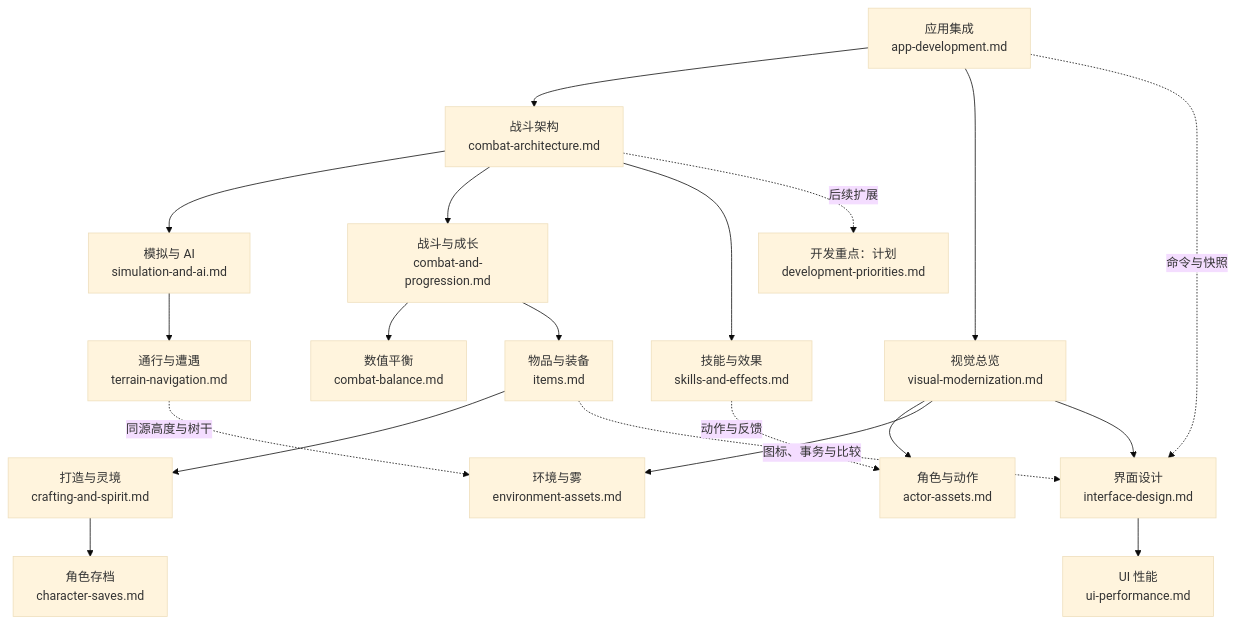
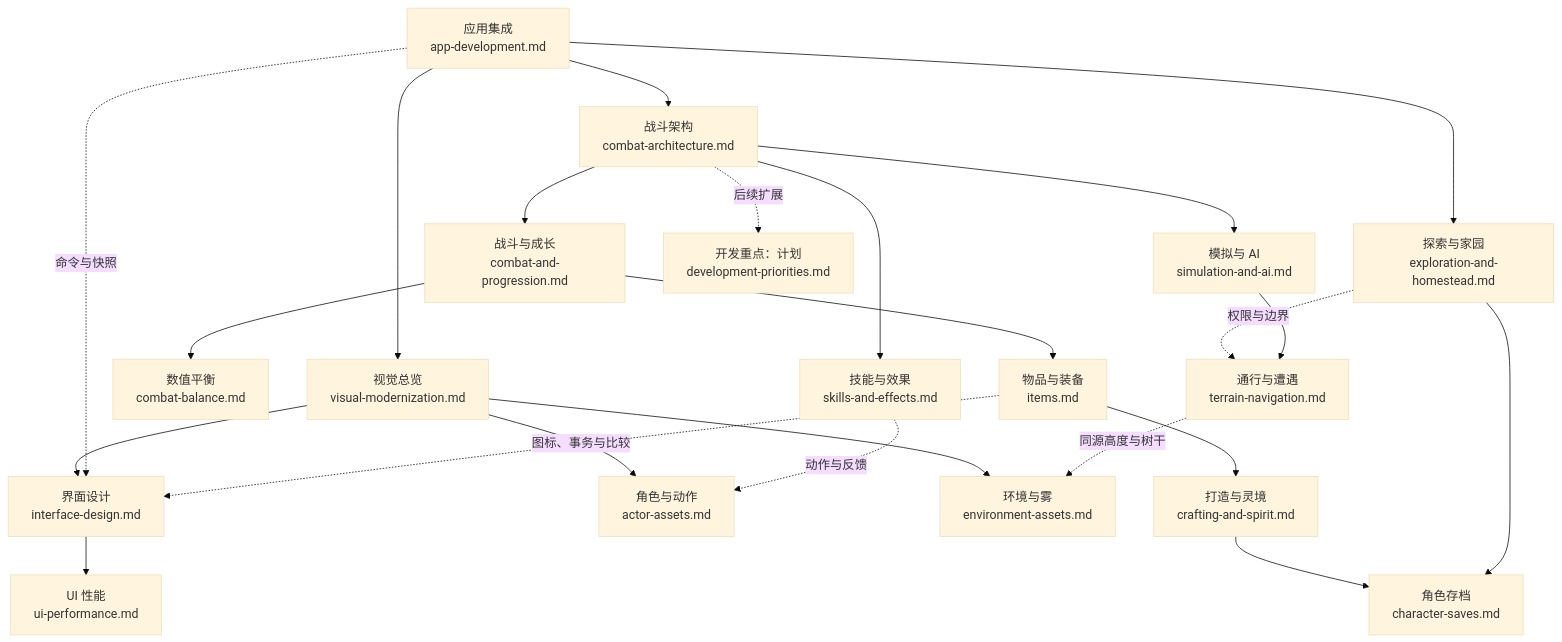
One commit to lanyik/lanyik changed the second of 3 diagrams in docs/README.md. Above: the diagram before and after it, drawn with Mermaid (base theme). The commit also changed other lines of this file and 59 other files, not shown here.

Commit message:
feat(survivor): add exploration fog and bounded homestead travel

````diff
--- a/docs/README.md
+++ b/docs/README.md
@@ -114,22 +115,25 @@
 ```mermaid
 flowchart TB
     app["应用集成<br/>app-development.md"] --> combat["战斗架构<br/>combat-architecture.md"]
     combat --> ai["模拟与 AI<br/>simulation-and-ai.md"]
     combat --> loop["战斗与成长<br/>combat-and-progression.md"]
     combat --> skill["技能与效果<br/>skills-and-effects.md"]
     loop --> balance["数值平衡<br/>combat-balance.md"]
     loop --> item["物品与装备<br/>items.md"]
     item --> craft["打造与灵境<br/>crafting-and-spirit.md"]
     craft --> save["角色存档<br/>character-saves.md"]
+    app --> explore["探索与家园<br/>exploration-and-homestead.md"]
+    explore --> save
+    explore -. 权限与边界 .-> terrain
     ai --> terrain["通行与遭遇<br/>terrain-navigation.md"]
     app --> visual["视觉总览<br/>visual-modernization.md"]
     visual --> actor["角色与动作<br/>actor-assets.md"]
     visual --> env["环境与雾<br/>environment-assets.md"]
     visual --> ui["界面设计<br/>interface-design.md"]
     app -. 命令与快照 .-> ui
     item -. 图标、事务与比较 .-> ui
     ui --> perf["UI 性能<br/>ui-performance.md"]
     combat -. 后续扩展 .-> plan["开发重点：计划<br/>development-priorities.md"]
     skill -. 动作与反馈 .-> actor
     terrain -. 同源高度与树干 .-> env
 ```
````
